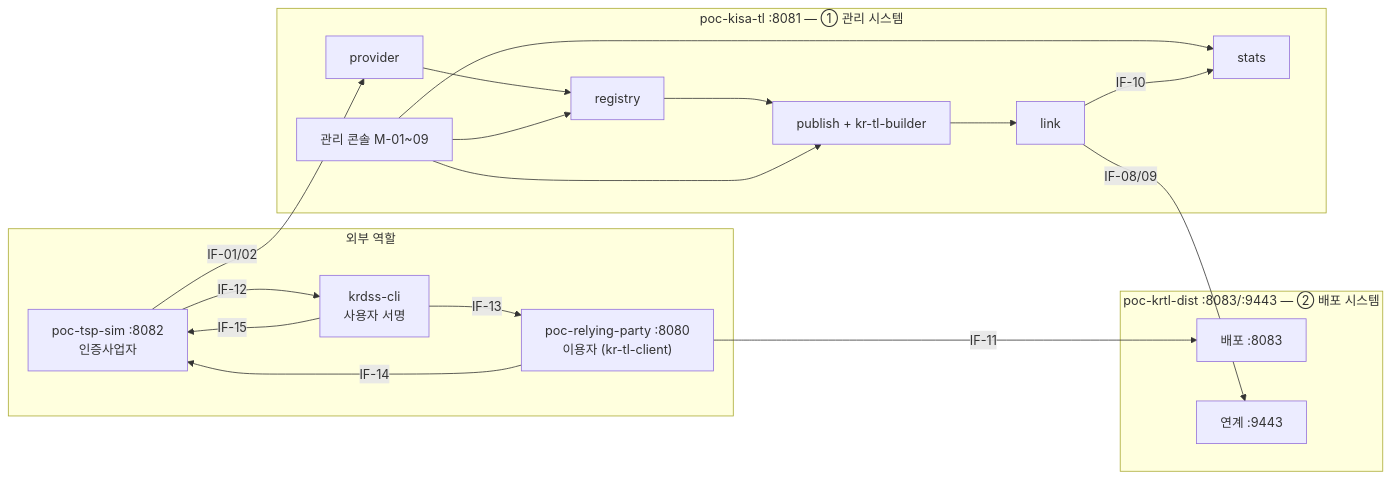
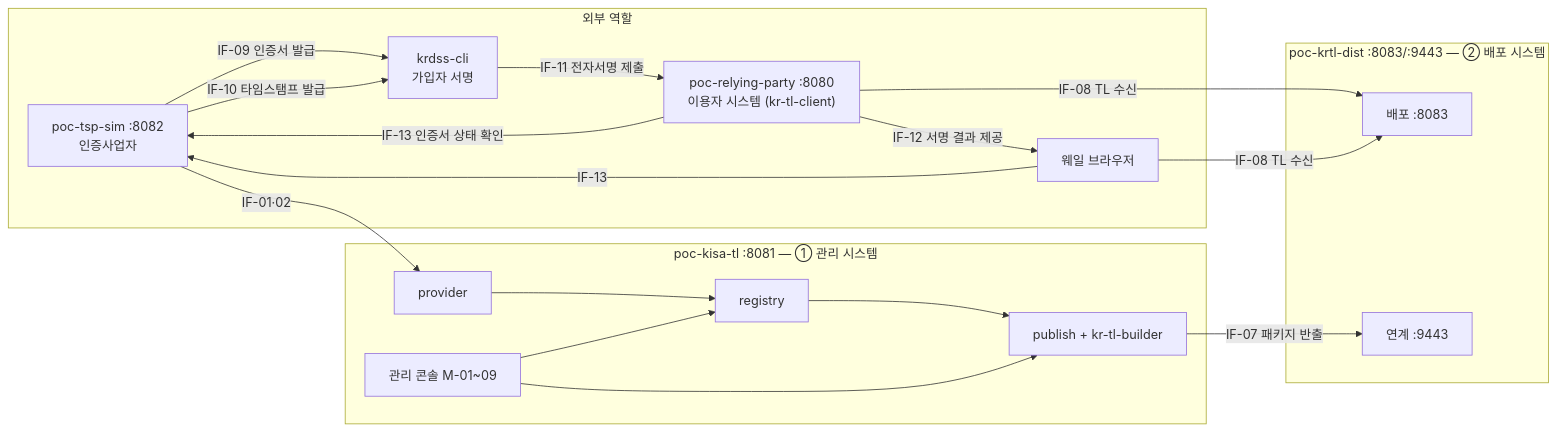
One commit to yongsungkim-electcerti/kr-dss changed the diagram in docs/design/KR-TL-관리시스템/04-PoC-구성.md. Above: the diagram before and after it, drawn with Mermaid. The commit also changed other lines of this file and 10 other files, not shown here.

First line of the commit message:
docs(kr-tl): IF 한글 명칭·가입자/이용자/브라우저 구분·KISA 인증체계 반영, 통계·연계 제외 [claude]

````diff
--- a/docs/design/KR-TL-관리시스템/04-PoC-구성.md
+++ b/docs/design/KR-TL-관리시스템/04-PoC-구성.md
@@ -26,28 +27,30 @@
 ```mermaid
 flowchart LR
     subgraph EXT["외부 역할"]
         TSP["poc-tsp-sim :8082<br/>인증사업자"]
-        USR["krdss-cli<br/>사용자 서명"]
-        RP["poc-relying-party :8080<br/>이용자 (kr-tl-client)"]
+        USR["krdss-cli<br/>가입자 서명"]
+        WH["웨일 브라우저"]
+        RP["poc-relying-party :8080<br/>이용자 시스템 (kr-tl-client)"]
     end
     subgraph M["poc-kisa-tl :8081 — ① 관리 시스템"]
         CON["관리 콘솔 M-01~09"]
         PRV["provider"]
         REG["registry"]
         PUB["publish + kr-tl-builder"]
-        LNK["link"]
-        STS["stats"]
     end
     subgraph D["poc-krtl-dist :8083/:9443 — ② 배포 시스템"]
         DL["배포 :8083"]
         RCV["연계 :9443"]
     end
-    TSP -- IF-01/02 --> PRV --> REG --> PUB --> LNK
-    CON --> REG & PUB & STS
-    LNK -- "IF-08/09" --> RCV
-    LNK -- IF-10 --> STS
-    RP -- IF-11 --> DL
-    TSP -- IF-12 --> USR -- IF-13 --> RP
-    RP -- IF-14 --> TSP
-    USR -- IF-15 --> TSP
+    TSP -- "IF-01·02" --> PRV --> REG --> PUB
+    CON --> REG & PUB
+    PUB -- "IF-07 패키지 반출" --> RCV
+    RP -- "IF-08 TL 수신" --> DL
+    WH -- "IF-08 TL 수신" --> DL
+    TSP -- "IF-09 인증서 발급" --> USR
+    TSP -- "IF-10 타임스탬프 발급" --> USR
+    USR -- "IF-11 전자서명 제출" --> RP
+    RP -- "IF-12 서명 결과 제공" --> WH
+    RP -- "IF-13 인증서 상태 확인" --> TSP
+    WH -- "IF-13" --> TSP
 ```
````
